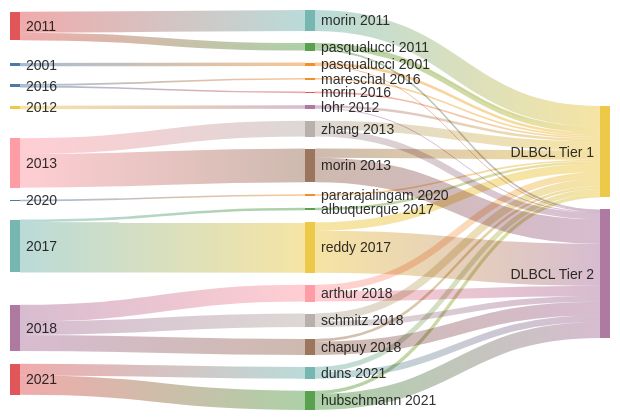
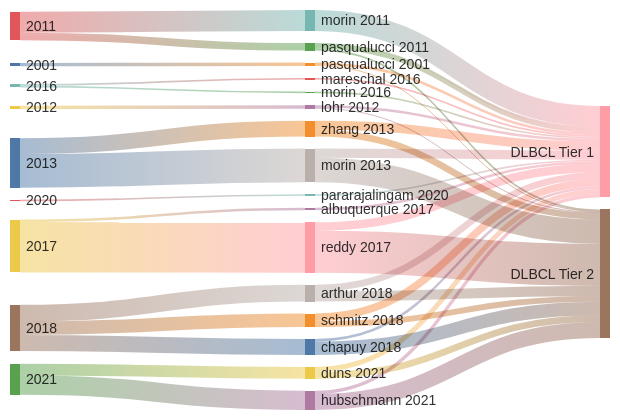
The diagram in test_sankey.md (morinlab/lymphopedia), drawn with Mermaid before and after one commit.

Commit message:
Updated test_sankey (markdown)

````diff
--- a/test_sankey.md
+++ b/test_sankey.md
@@ -3,54 +3,59 @@
 ```mermaid
 ---
 config:
   sankey:
     showValues: false
 ---
 sankey-beta
 
 2001, pasqualucci 2001, 4
 2011, morin 2011, 25
 2011, pasqualucci 2011, 2
 2011, pasqualucci 2011, 7
 2012, lohr 2012, 4
+pasqualucci 2001, DLBCL Tier 1, 3
+pasqualucci 2001, DLBCL Tier 2, 1
+pasqualucci 2011, DLBCL Tier 1, 2
+pasqualucci 2011, DLBCL Tier 1, 5
+pasqualucci 2011, DLBCL Tier 2, 2
+lohr 2012, DLBCL Tier 1, 3
+lohr 2012, DLBCL Tier 2, 1
+morin 2011, DLBCL Tier 1, 25
+morin 2013, DLBCL Tier 1, 11
+morin 2013, DLBCL Tier 2, 29
 2013, morin 2013, 40
 2013, zhang 2013, 19
+zhang 2013, DLBCL Tier 1, 11
+zhang 2013, DLBCL Tier 2, 8
+
+
+mareschal 2016, DLBCL Tier 1, 2
 2016, mareschal 2016, 2
 2016, morin 2016, 2
 2017, albuquerque 2017, 3
 2017, reddy 2017, 60
 2018, arthur 2018, 20
 2018, chapuy 2018, 19
 2018, schmitz 2018, 16
 2020, pararajalingam 2020, 2
 2021, duns 2021, 14
 2021, hubschmann 2021, 23
+
+morin 2016, DLBCL Tier 1, 2
+pararajalingam 2020, DLBCL Tier 1, 2
+
 albuquerque 2017, DLBCL Tier 1, 3
 arthur 2018, DLBCL Tier 1, 8
 arthur 2018, DLBCL Tier 2, 12
 chapuy 2018, DLBCL Tier 1, 3
 chapuy 2018, DLBCL Tier 2, 16
 duns 2021, DLBCL Tier 1, 6
 duns 2021, DLBCL Tier 2, 8
 hubschmann 2021, DLBCL Tier 1, 4
 hubschmann 2021, DLBCL Tier 2, 19
-lohr 2012, DLBCL Tier 1, 3
-lohr 2012, DLBCL Tier 2, 1
-mareschal 2016, DLBCL Tier 1, 2
-morin 2011, DLBCL Tier 1, 25
-morin 2013, DLBCL Tier 1, 11
-morin 2013, DLBCL Tier 2, 29
-morin 2016, DLBCL Tier 1, 2
-pararajalingam 2020, DLBCL Tier 1, 2
-pasqualucci 2001, DLBCL Tier 1, 3
-pasqualucci 2001, DLBCL Tier 2, 1
-pasqualucci 2011, DLBCL Tier 1, 2
-pasqualucci 2011, DLBCL Tier 1, 5
-pasqualucci 2011, DLBCL Tier 2, 2
 reddy 2017, DLBCL Tier 1, 10
 reddy 2017, DLBCL Tier 2, 50
 schmitz 2018, DLBCL Tier 1, 9
 schmitz 2018, DLBCL Tier 2, 7
-zhang 2013, DLBCL Tier 1, 11
-zhang 2013, DLBCL Tier 2, 8
+
 ```
````
